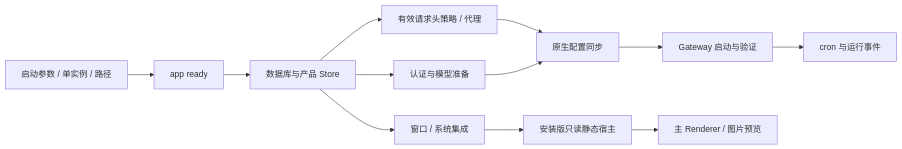
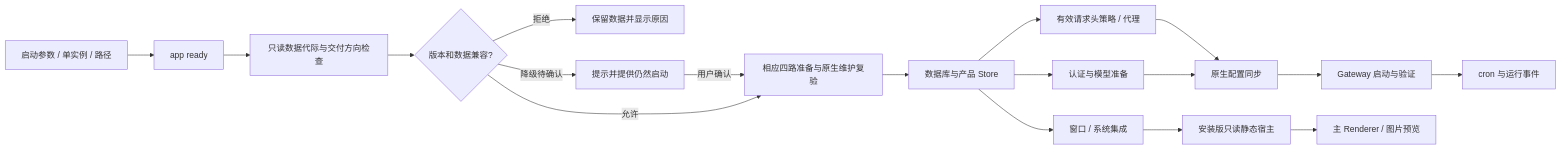
One commit to liangxhao/JustDo changed the second of 2 diagrams in docs/architecture/02-architecture.md. Above: the diagram before and after it, drawn with Mermaid. The commit also changed other lines of this file and 457 other files, not shown here.

````diff
--- a/docs/architecture/02-architecture.md
+++ b/docs/architecture/02-architecture.md
@@ -106,14 +106,20 @@
 ```mermaid
 flowchart LR
   Entry[启动参数 / 单实例 / 路径] --> Ready[app ready]
-  Ready --> Stores[数据库与产品 Store]
+  Ready --> Route[只读数据代际与交付方向检查]
+  Route --> Admission{版本和数据兼容?}
+  Admission -->|拒绝| Blocked[保留数据并显示原因]
+  Admission -->|降级待确认| Confirmation[提示并提供仍然启动]
+  Confirmation -->|用户确认| Prepare
+  Admission -->|允许| Prepare[相应四路准备与原生维护复验]
+  Prepare --> Stores[数据库与产品 Store]
   Stores --> Network[有效请求头策略 / 代理]
   Stores --> Identity[认证与模型准备]
   Network --> Sync[原生配置同步]
   Identity --> Sync
   Sync --> Gateway[Gateway 启动与验证]
   Gateway --> Poll[cron 与运行事件]
   Stores --> Window[窗口 / 系统集成]
   Window --> Static[安装版只读静态宿主]
   Static --> Renderer[主 Renderer / 图片预览]
 ```
````
